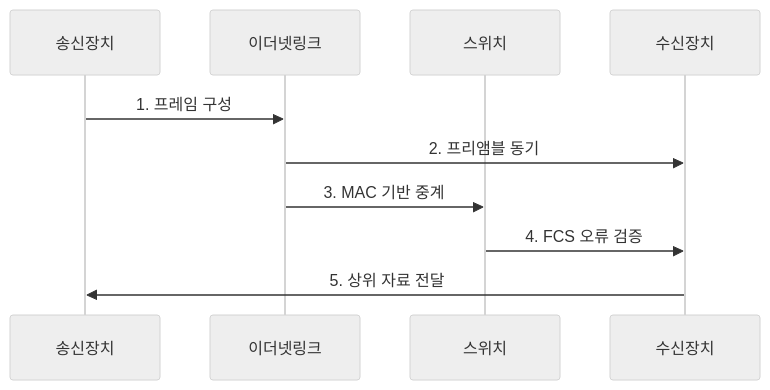
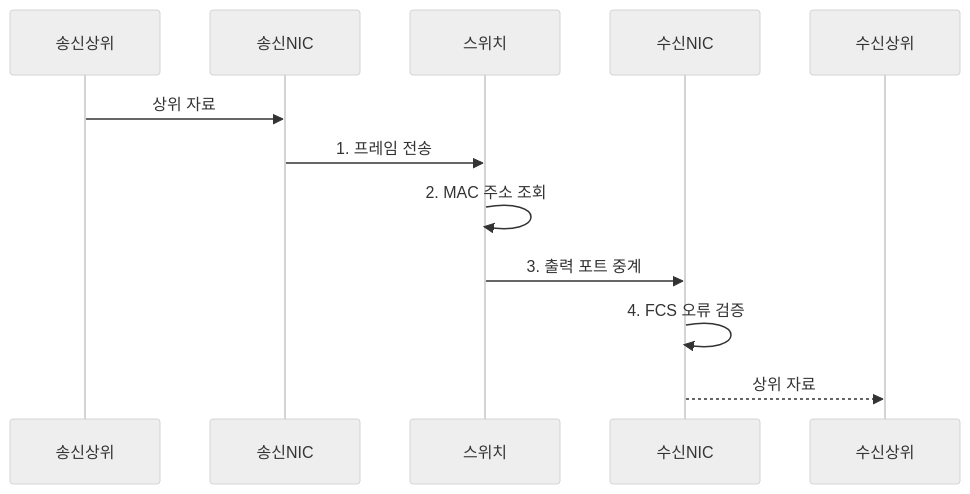
The second of 2 diagrams in src/content/docs/notes/04-network/015_ethernet_frame.md (agnusdei1207/knowledge-base), drawn with Mermaid (neutral theme) before and after one commit. The commit also changed other lines of this file and 20 other files, not shown here.

````diff
--- a/src/content/docs/notes/04-network/015_ethernet_frame.md
+++ b/src/content/docs/notes/04-network/015_ethernet_frame.md
@@ -91,12 +88,14 @@
 ```mermaid
 sequenceDiagram
-    participant 송신장치
-    participant 이더넷링크
+    participant 송신상위
+    participant 송신NIC
     participant 스위치
-    participant 수신장치
-    송신장치->>이더넷링크: 1. 프레임 구성
-    이더넷링크->>수신장치: 2. 프리앰블 동기
-    이더넷링크->>스위치: 3. MAC 기반 중계
-    스위치->>수신장치: 4. FCS 오류 검증
-    수신장치->>송신장치: 5. 상위 자료 전달
+    participant 수신NIC
+    participant 수신상위
+    송신상위->>송신NIC: 상위 자료
+    송신NIC->>스위치: 1. 프레임 전송
+    스위치->>스위치: 2. MAC 주소 조회
+    스위치->>수신NIC: 3. 출력 포트 중계
+    수신NIC->>수신NIC: 4. FCS 오류 검증
+    수신NIC-->>수신상위: 상위 자료
 ```
````
